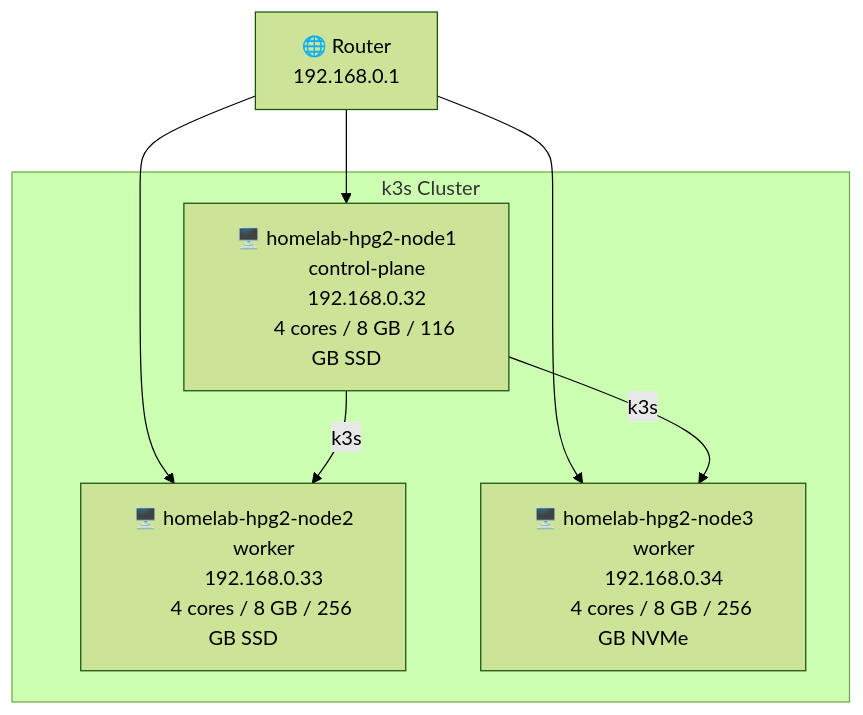
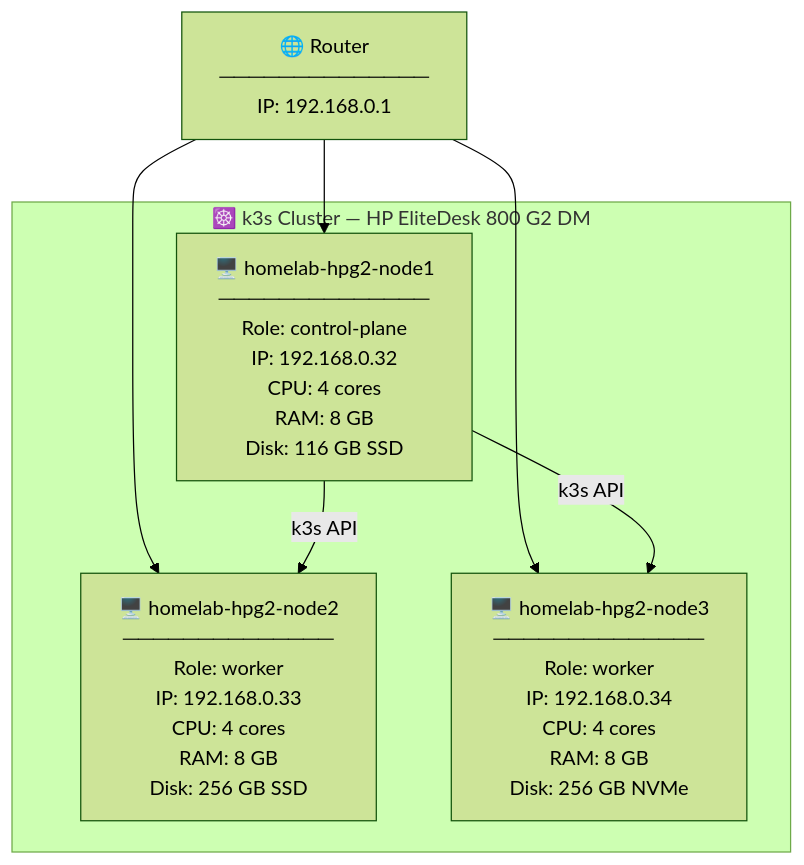
The diagram in infrastructure/metal/README.md (shubhamwagh/homeops), drawn with Mermaid (forest theme) before and after one commit.

Commit message:
docs: reorganise cluster diagram with structured node info

````diff
--- a/infrastructure/metal/README.md
+++ b/infrastructure/metal/README.md
@@ -3,28 +3,38 @@
 ```mermaid
 graph TD
     Router["🌐 Router
-    192.168.0.1"]
+    ──────────────
+    IP: 192.168.0.1"]
 
-    subgraph cluster["k3s Cluster"]
+    subgraph cluster["☸️ k3s Cluster — HP EliteDesk 800 G2 DM"]
         CP["🖥️ homelab-hpg2-node1
-        control-plane
-        192.168.0.32
-        4 cores / 8 GB / 116 GB SSD"]
+        ──────────────
+        Role: control-plane
+        IP:   192.168.0.32
+        CPU:  4 cores
+        RAM:  8 GB
+        Disk: 116 GB SSD"]
 
         W1["🖥️ homelab-hpg2-node2
-        worker
-        192.168.0.33
-        4 cores / 8 GB / 256 GB SSD"]
+        ──────────────
+        Role: worker
+        IP:   192.168.0.33
+        CPU:  4 cores
+        RAM:  8 GB
+        Disk: 256 GB SSD"]
 
         W2["🖥️ homelab-hpg2-node3
-        worker
-        192.168.0.34
-        4 cores / 8 GB / 256 GB NVMe"]
+        ──────────────
+        Role: worker
+        IP:   192.168.0.34
+        CPU:  4 cores
+        RAM:  8 GB
+        Disk: 256 GB NVMe"]
     end
 
     Router --> CP
     Router --> W1
     Router --> W2
-    CP -- k3s --> W1
-    CP -- k3s --> W2
+    CP -- k3s API --> W1
+    CP -- k3s API --> W2
 ```
````
